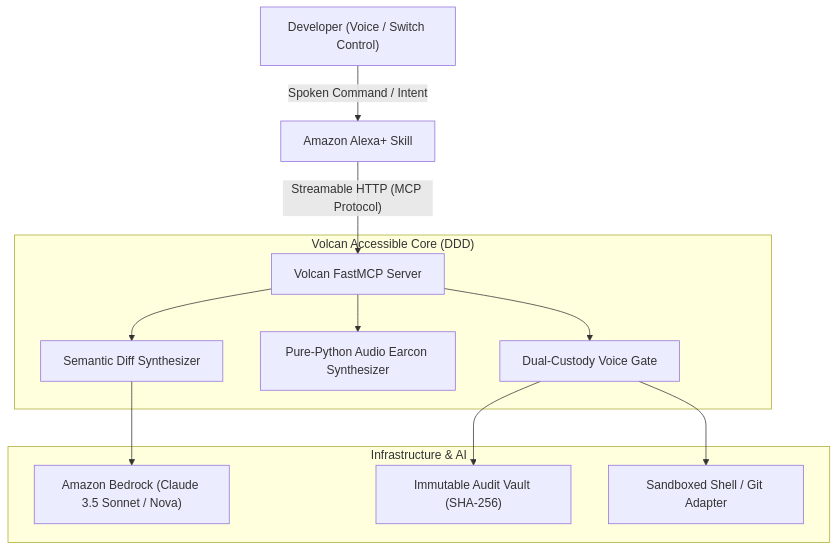
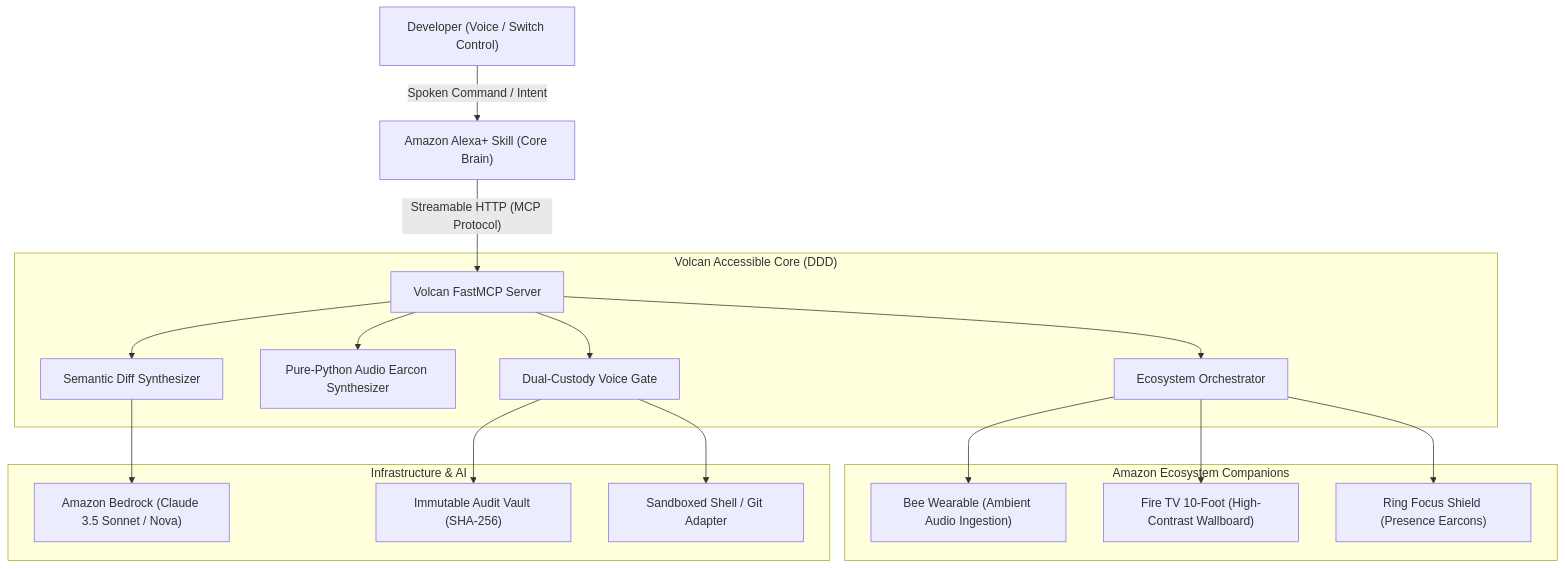
One commit to upgradedev/volcan_amazon changed the first of 2 diagrams in README.md. Above: the diagram before and after it, drawn with Mermaid. The commit also changed other lines of this file and 8 other files, not shown here.

Commit message:
feat(ecosystem): add cross-device companion adapters for Bee, Fire TV and Ring under Alexa+ core

````diff
--- a/README.md
+++ b/README.md
@@ -47,17 +51,24 @@
 ```mermaid
 graph TD
-    User["Developer (Voice / Switch Control)"] -->|"Spoken Command / Intent"| Alexa["Amazon Alexa+ Skill"]
+    User["Developer (Voice / Switch Control)"] -->|"Spoken Command / Intent"| Alexa["Amazon Alexa+ Skill (Core Brain)"]
     Alexa -->|"Streamable HTTP (MCP Protocol)"| VolcanMCP["Volcan FastMCP Server"]
     
     subgraph "Volcan Accessible Core (DDD)"
         VolcanMCP --> DiffEngine["Semantic Diff Synthesizer"]
         VolcanMCP --> Sonification["Pure-Python Audio Earcon Synthesizer"]
         VolcanMCP --> Governance["Dual-Custody Voice Gate"]
+        VolcanMCP --> Ecosystem["Ecosystem Orchestrator"]
+    end
+
+    subgraph "Amazon Ecosystem Companions"
+        Ecosystem --> Bee["Bee Wearable (Ambient Audio Ingestion)"]
+        Ecosystem --> FireTV["Fire TV 10-Foot (High-Contrast Wallboard)"]
+        Ecosystem --> Ring["Ring Focus Shield (Presence Earcons)"]
     end
     
     subgraph "Infrastructure & AI"
         DiffEngine --> Bedrock["Amazon Bedrock (Claude 3.5 Sonnet / Nova)"]
         Governance --> AuditVault["Immutable Audit Vault (SHA-256)"]
         Governance --> Shell["Sandboxed Shell / Git Adapter"]
     end
 ```
````
